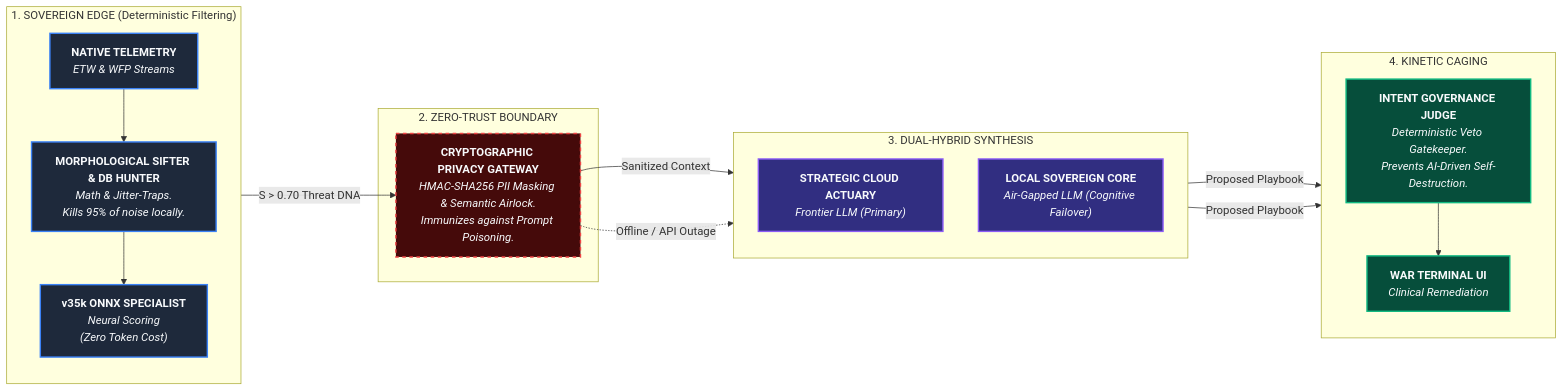
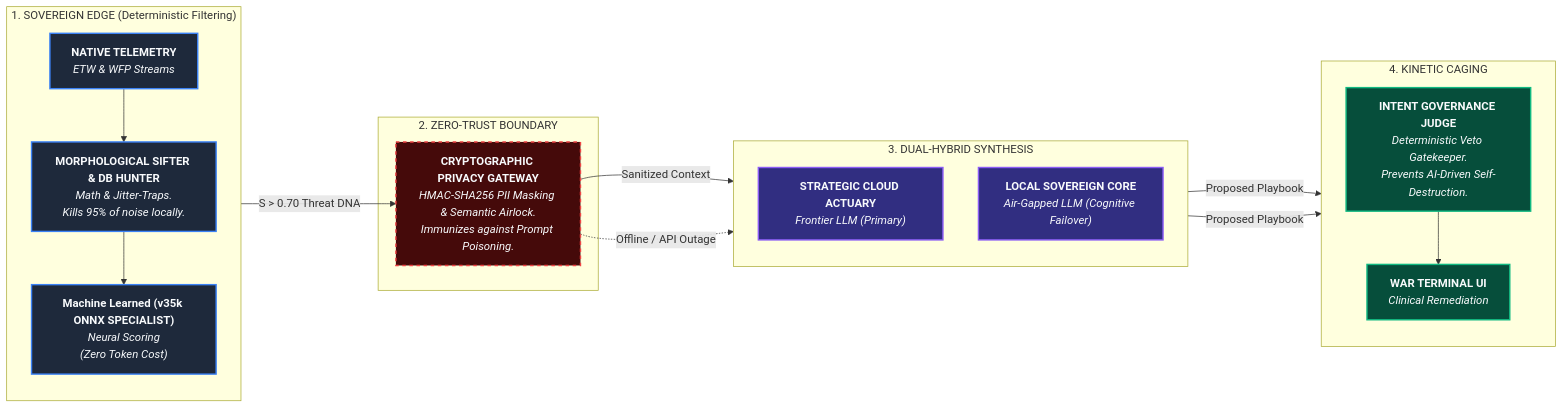
One commit to KodenameRed/Aegis-Overwatch changed the diagram in README.md. Above: the diagram before and after it, drawn with Mermaid.

Commit message:
Core Logic: Adding compiled Cython binaries and flat structure

````diff
--- a/README.md
+++ b/README.md
@@ -13,47 +13,47 @@
 ```mermaid
 flowchart LR
     %% Bleeding-Edge Styling
     classDef edge fill:#1e293b,stroke:#3b82f6,stroke-width:2px,color:#f8fafc
     classDef boundary fill:#450a0a,stroke:#ef4444,stroke-width:2px,stroke-dasharray: 5 5,color:#f8fafc
     classDef brain fill:#312e81,stroke:#8b5cf6,stroke-width:2px,color:#f8fafc
     classDef cage fill:#064e3b,stroke:#10b981,stroke-width:2px,color:#f8fafc
 
     %% Phase 1: Zero-Cost Edge Filtering
     subgraph Edge ["1. SOVEREIGN EDGE (Deterministic Filtering)"]
         direction TB
         Raw["<b>NATIVE TELEMETRY</b><br/><i>ETW & WFP Streams</i>"]:::edge
         Sifter["<b>MORPHOLOGICAL SIFTER & DB HUNTER</b><br/><i>Math & Jitter-Traps.<br/>Kills 95% of noise locally.</i>"]:::edge
-        ONNX["<b>v35k ONNX SPECIALIST</b><br/><i>Neural Scoring<br/>(Zero Token Cost)</i>"]:::edge
+        ONNX["<b>Machine Learned (v35k ONNX SPECIALIST)</b><br/><i>Neural Scoring<br/>(Zero Token Cost)</i>"]:::edge
         
         Raw --> Sifter --> ONNX
     end
 
     %% Phase 2: The Absolute Security Boundary
     subgraph Airlock ["2. ZERO-TRUST BOUNDARY"]
         Gateway["<b>CRYPTOGRAPHIC PRIVACY GATEWAY</b><br/><i>HMAC-SHA256 PII Masking & Semantic Airlock.<br/>Immunizes against Prompt Poisoning.</i>"]:::boundary
     end
 
     %% Phase 3: The Intelligence Engine
     subgraph Cognitive ["3. DUAL-HYBRID SYNTHESIS"]
         direction TB
         Cloud["<b>STRATEGIC CLOUD ACTUARY</b><br/><i>Frontier LLM (Primary)</i>"]:::brain
         Local["<b>LOCAL SOVEREIGN CORE</b><br/><i>Air-Gapped LLM (Cognitive Failover)</i>"]:::brain
     end
 
     %% Phase 4: Mathematical Execution Control
     subgraph Execution ["4. KINETIC CAGING"]
         direction TB
         Judge["<b>INTENT GOVERNANCE JUDGE</b><br/><i>Deterministic Veto Gatekeeper.<br/>Prevents AI-Driven Self-Destruction.</i>"]:::cage
         Terminal["<b>WAR TERMINAL UI</b><br/><i>Clinical Remediation</i>"]:::cage
         
         Judge --> Terminal
     end
 
     %% Routing
     ONNX -->|S > 0.70 Threat DNA| Gateway
     Gateway -->|Sanitized Context| Cloud
     Gateway -.->|Offline / API Outage| Local
     
     Cloud -->|Proposed Playbook| Judge
     Local -->|Proposed Playbook| Judge
 ```
````
